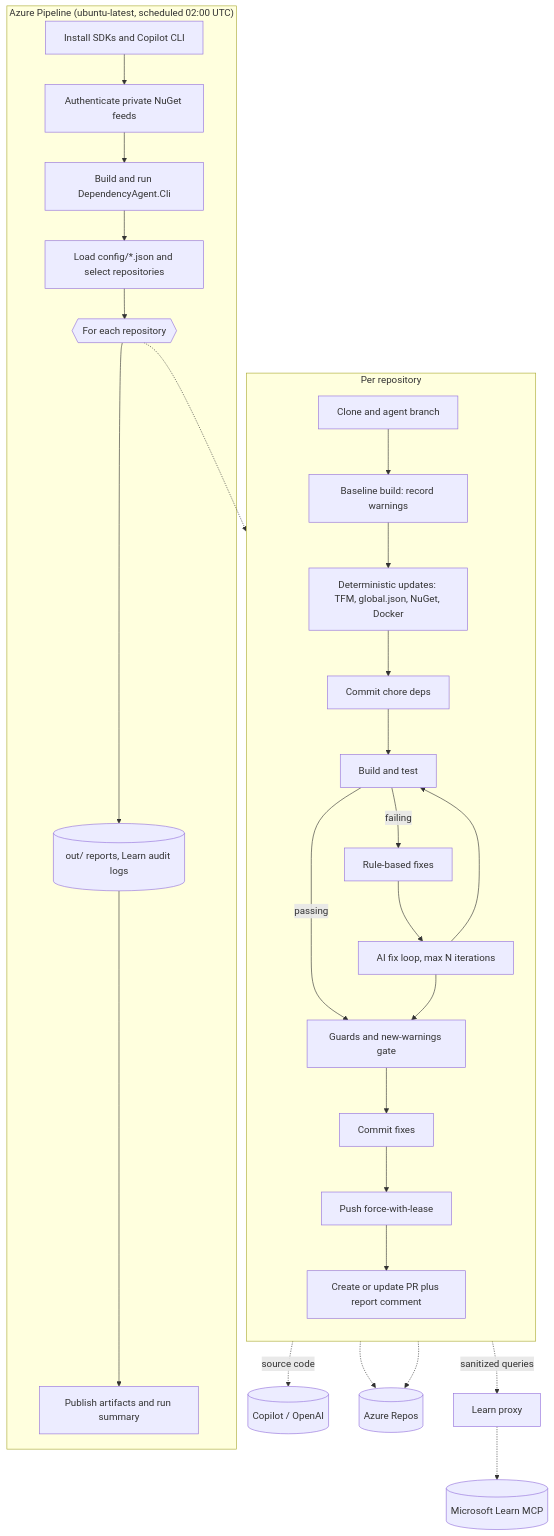
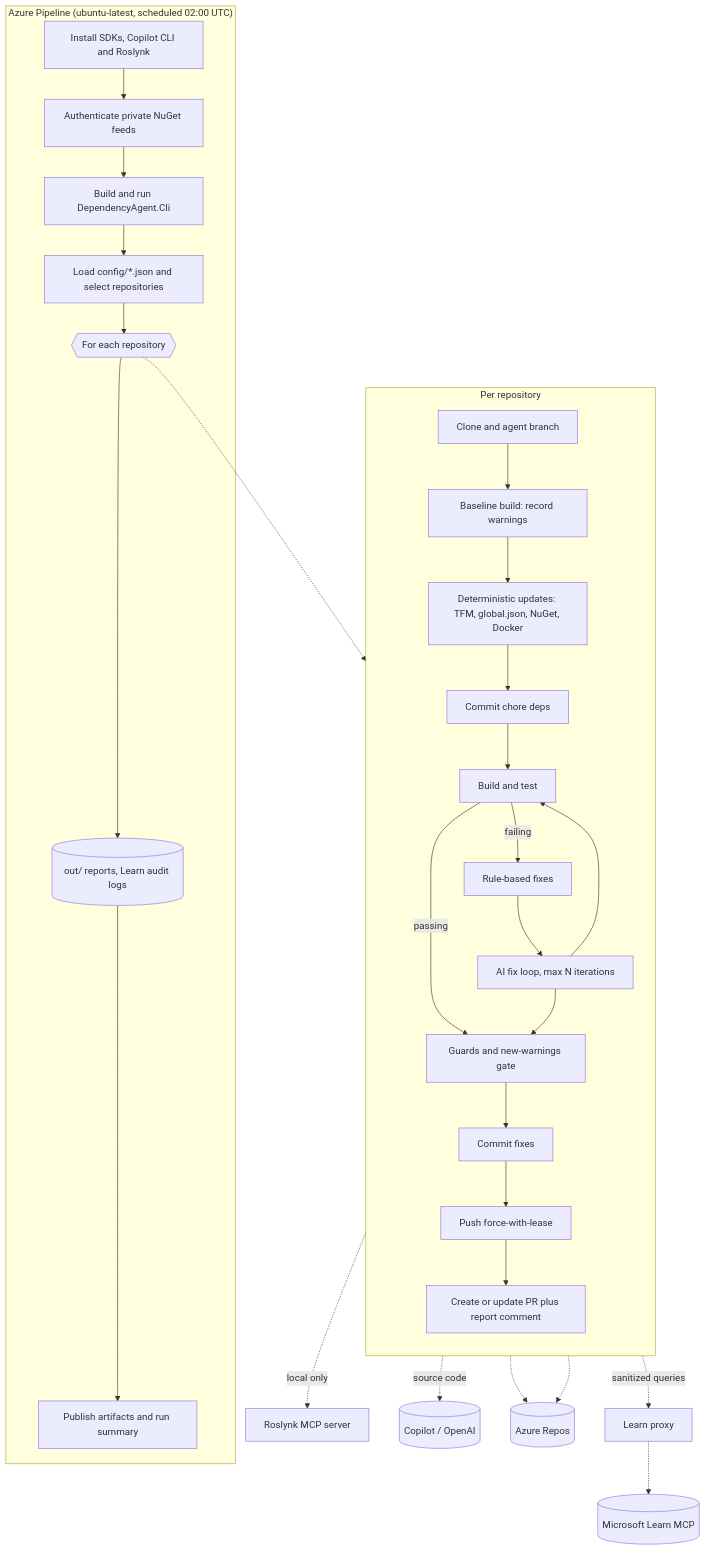
The diagram in README.md (indyk1/azure-devops-dependency-agent), drawn with Mermaid before and after one commit. The commit also changed other lines of this file and 13 other files, not shown here.

First line of the commit message:
Single-project CLI/pipeline, Copilot Sonnet 5.5 high + Roslynk in schemas, docs and tests

````diff
--- a/README.md
+++ b/README.md
@@ -26,33 +26,34 @@
 ```mermaid
 flowchart TD
     subgraph Pipeline["Azure Pipeline (ubuntu-latest, scheduled 02:00 UTC)"]
-        A[Install SDKs and Copilot CLI] --> B[Authenticate private NuGet feeds]
+        A[Install SDKs, Copilot CLI and Roslynk] --> B[Authenticate private NuGet feeds]
         B --> C[Build and run DependencyAgent.Cli]
         C --> D[Load config/*.json and select repositories]
         D --> E{{For each repository}}
         E --> R[(out/ reports, Learn audit logs)]
         R --> F[Publish artifacts and run summary]
     end
 
     subgraph PerRepo["Per repository"]
         direction TB
         P1[Clone and agent branch] --> P2[Baseline build: record warnings]
         P2 --> P3[Deterministic updates: TFM, global.json, NuGet, Docker]
         P3 --> P4[Commit chore deps]
         P4 --> P5[Build and test]
         P5 -->|failing| P6[Rule-based fixes]
         P6 --> P7[AI fix loop, max N iterations]
         P7 --> P5
         P5 -->|passing| P8[Guards and new-warnings gate]
         P7 --> P8
         P8 --> P9[Commit fixes]
         P9 --> P10[Push force-with-lease]
         P10 --> P11[Create or update PR plus report comment]
     end
 
     E -.-> PerRepo
     P7 -. sanitized queries .-> L[Learn proxy] -.-> M[(Microsoft Learn MCP)]
+    P7 -. local only .-> RK[Roslynk MCP server]
     P7 -. source code .-> AI[(Copilot / OpenAI)]
     P10 -.-> ADO[(Azure Repos)]
     P11 -.-> ADO
 ```
````
